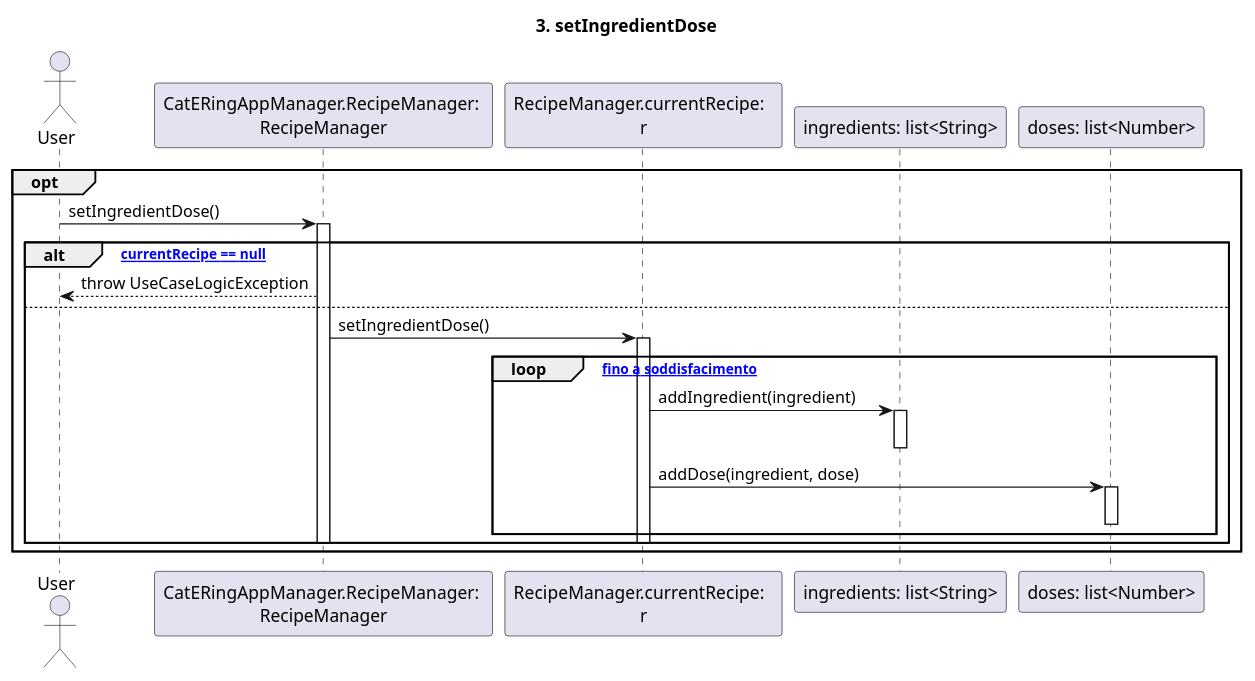
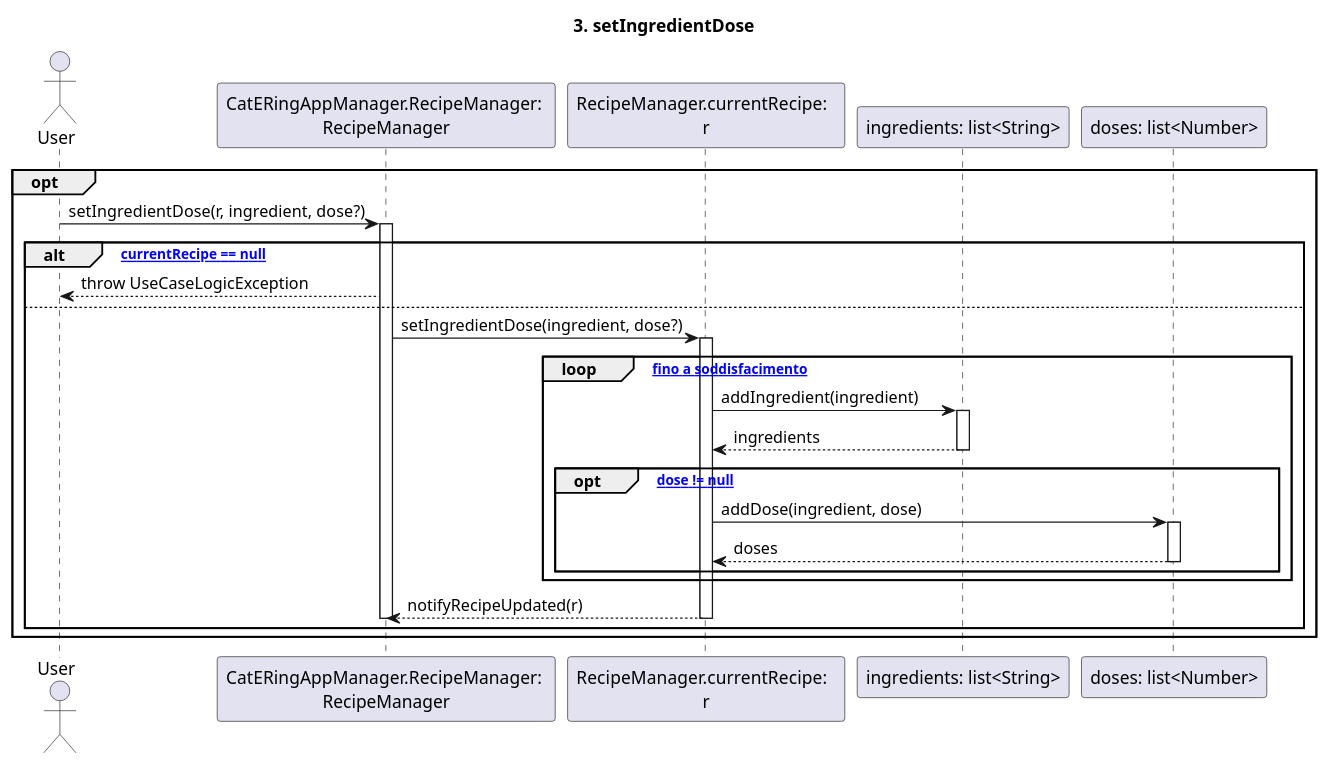
Before and after one commit to m0canu1/sas: the diagram in dsd/dsd-ricette/3-setIngredientDose.md, drawn with PlantUML. The commit also changed 6 other files, not shown here.

````diff
--- a/dsd/dsd-ricette/3-setIngredientDose.md
+++ b/dsd/dsd-ricette/3-setIngredientDose.md
@@ -1,29 +1,34 @@
 ```plantuml
 title: 3. setIngredientDose
 
 Actor User
 Participant "CatERingAppManager.RecipeManager: \nRecipeManager" as RM
 Participant "RecipeManager.currentRecipe:  \nr" as CR
 
 opt
-	User -> RM: setIngredientDose()
+	User -> RM: setIngredientDose(r, ingredient, dose?)
 	Activate RM
 
 	alt ["currentRecipe == null"]
 		RM --> User: throw UseCaseLogicException
 	else 
-		RM -> CR: setIngredientDose()
+		RM -> CR: setIngredientDose(ingredient, dose?)
 		Activate CR
 		loop ["fino a soddisfacimento"]
 			CR -> "ingredients: list<String>": addIngredient(ingredient)
 			Activate "ingredients: list<String>"
+            "ingredients: list<String>" --> CR: ingredients
 			Deactivate "ingredients: list<String>"
-			CR -> "doses: list<Number>": addDose(ingredient, dose)
-			Activate "doses: list<Number>"
-			Deactivate "doses: list<Number>"
+            opt ["dose != null"]
+			    CR -> "doses: list<Number>": addDose(ingredient, dose)
+			    Activate "doses: list<Number>"
+                "doses: list<Number>" --> CR: doses
+			    Deactivate "doses: list<Number>"
+            end
 		end
+        CR --> RM: notifyRecipeUpdated(r)
 		Deactivate CR
 		Deactivate RM
 	end
 end
 ```
````
